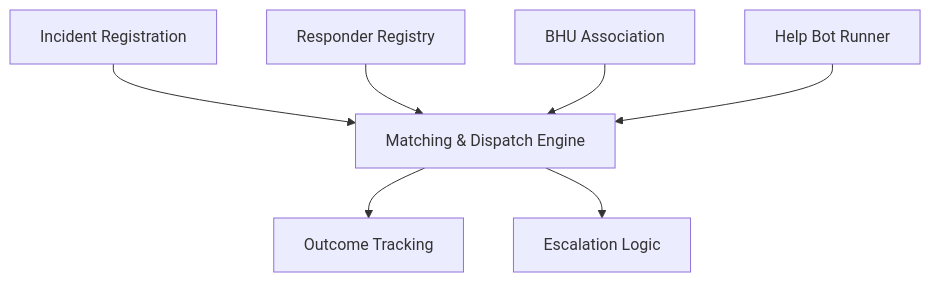
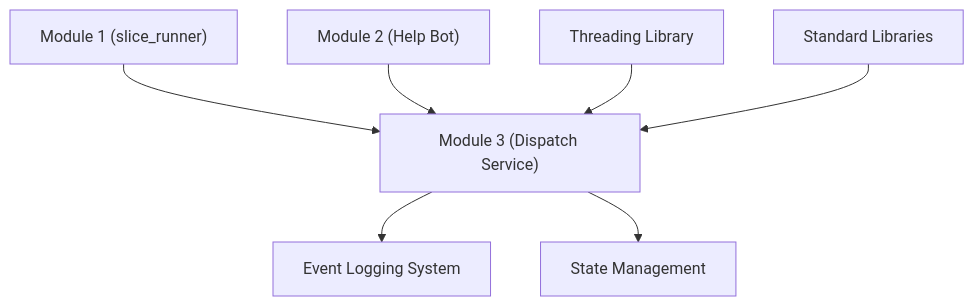
The eighth of 8 diagrams in .qoder/repowiki/en/content/Matching & Dispatch Engine.md (M-Rumman/LifeLine-Ride), drawn with Mermaid before and after one commit. The commit also changed other lines of this file and 46 other files, not shown here.

````diff
--- a/.qoder/repowiki/en/content/Matching & Dispatch Engine.md
+++ b/.qoder/repowiki/en/content/Matching & Dispatch Engine.md
@@ -398,9 +333,9 @@
 ```mermaid
 graph TB
-A["Incident Registration"] --> B["Matching & Dispatch Engine"]
-C["Responder Registry"] --> B
-D["BHU Association"] --> B
-E["Help Bot Runner"] --> B
-B --> F["Outcome Tracking"]
-B --> G["Escalation Logic"]
+A["Module 1 (slice_runner)"] --> B["Module 3 (Dispatch Service)"]
+C["Module 2 (Help Bot)"] --> B
+D["Threading Library"] --> B
+E["Standard Libraries"] --> B
+B --> F["Event Logging System"]
+B --> G["State Management"]
 ```
````
